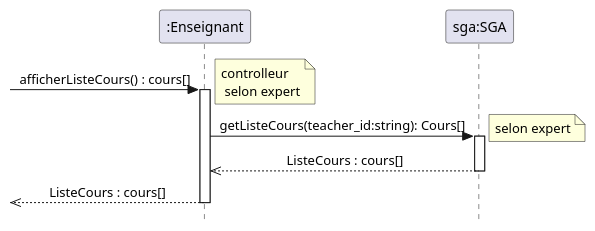
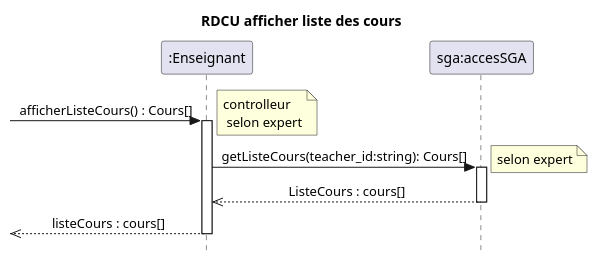
One commit to xMrYahya/moodle-clone changed the diagram in docs/modeles/cu01/rdcu-afficherListeCours.puml. Above: the diagram before and after it, drawn with PlantUML. The commit also changed 18 other files, not shown here.

Commit message:
modification des diagrammes

```diff
--- a/docs/modeles/cu01/rdcu-afficherListeCours.puml
+++ b/docs/modeles/cu01/rdcu-afficherListeCours.puml
@@ -1,20 +1,21 @@
 @startuml
+title RDCU afficher liste des cours
 skinparam Style strictuml
 skinparam sequenceMessageAlign center
 
 participant ":Enseignant"  as enseignant
-participant "sga:SGA" as sga
+participant "sga:accesSGA" as sga
 
- -> enseignant : afficherListeCours() : cours[]
+ -> enseignant : afficherListeCours() : Cours[]
 note right: controlleur \n selon expert
 activate enseignant
 enseignant -> sga : getListeCours(teacher_id:string): Cours[]
 note right: selon expert
 activate sga
 sga -->> enseignant : ListeCours : cours[]
 
 deactivate sga
- <<-- enseignant : ListeCours : cours[] 
+ <<-- enseignant : listeCours : cours[] 
 
 deactivate enseignant
 @enduml
```
